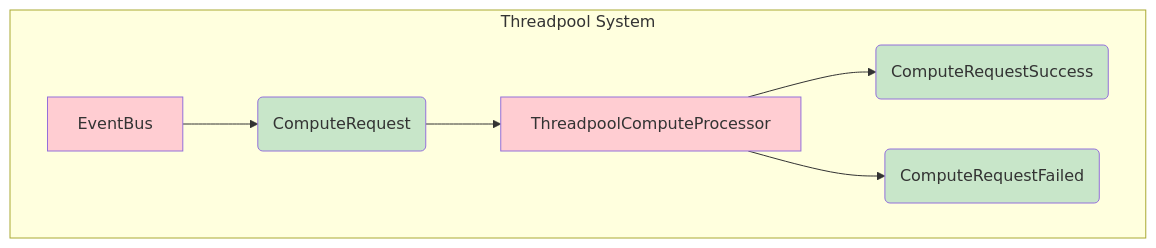
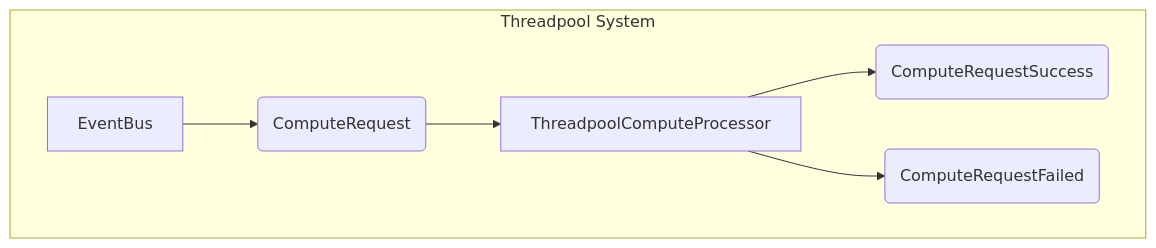
The diagram in crates/threadpool/ThreadpoolSystem.md (gnosisguild/enclave), drawn with Mermaid before and after one commit. The commit also changed 7 other files, not shown here.

````diff
--- a/crates/threadpool/ThreadpoolSystem.md
+++ b/crates/threadpool/ThreadpoolSystem.md
@@ -13,33 +13,28 @@
 ```mermaid
 flowchart TB
     subgraph subGraph0["Threadpool System"]
         CRS["ComputeRequestSuccess"]
         CRF["ComputeRequestFailed"]
         CR["ComputeRequest"]
         EB["EventBus"]
         C["ThreadpoolComputeProcessor"]
     end
     C --> CRS
     C --> CRF
     EB --> CR
     CR --> C
     CRS@{ shape: event}
     CRF@{ shape: event}
     CR@{ shape: event}
     CRS:::internal-link
     CR:::internal-link
 	CRF:::internal-link
     EB:::internal-link
     C:::internal-link
-    style CRS fill:#C8E6C9
-    style CRF fill:#C8E6C9
-    style CR fill:#C8E6C9
-    style EB fill:#FFCDD2
-    style C fill:#FFCDD2
 
     click CRS "http://github.com/gnosisguild/enclave/tree/main/crates/events/docs/ComputeRequestSuccess.md"
     click CR "http://github.com/gnosisguild/enclave/tree/main/crates/events/docs/ComputeRequest.md"
     click CRF "http://github.com/gnosisguild/enclave/tree/main/crates/events/docs/ComputeRequestFailed.md"
     click EB "http://github.com/gnosisguild/enclave/tree/main/crates/events/docs/EventBus.md"
     click C "http://github.com/gnosisguild/enclave/tree/main/crates/threadpool/docs/ThreadpoolComputeProcessor.md"
 ```
````
